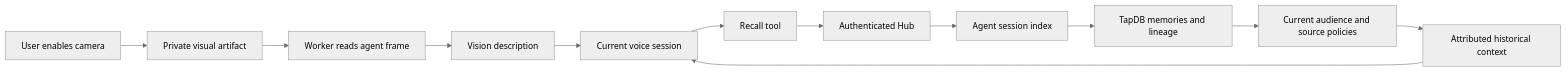
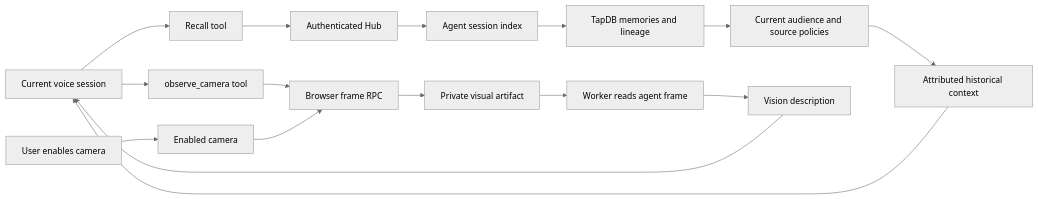
Before and after one commit to Daylily-Informatics/marvain: the first of 3 diagrams in docs/plans/20261109_marvain_4x_multiagent_execution_plan.md, drawn with Mermaid (neutral theme). The commit also changed other lines of this file and 5 other files, not shown here.

Commit message:
Connect spoken visual questions to fresh enabled-camera observations

````diff
--- a/docs/plans/20261109_marvain_4x_multiagent_execution_plan.md
+++ b/docs/plans/20261109_marvain_4x_multiagent_execution_plan.md
@@ -29,14 +31,18 @@
 ```mermaid
 flowchart LR
   Talk[Current voice session] --> Tool[Recall tool]
   Tool --> Hub[Authenticated Hub]
   Hub --> Index[Agent session index]
   Index --> TapDB[TapDB memories and lineage]
   TapDB --> Policy[Current audience and source policies]
   Policy --> Context[Attributed historical context]
   Context --> Talk
-  Camera[User enables camera] --> Frame[Private visual artifact]
+  Camera[User enables camera] --> Enabled[Enabled camera]
+  Talk --> CameraTool[observe_camera tool]
+  CameraTool --> RPC[Browser frame RPC]
+  Enabled --> RPC
+  RPC --> Frame[Private visual artifact]
   Frame --> Worker[Worker reads agent frame]
   Worker --> Vision[Vision description]
   Vision --> Talk
 ```
````
